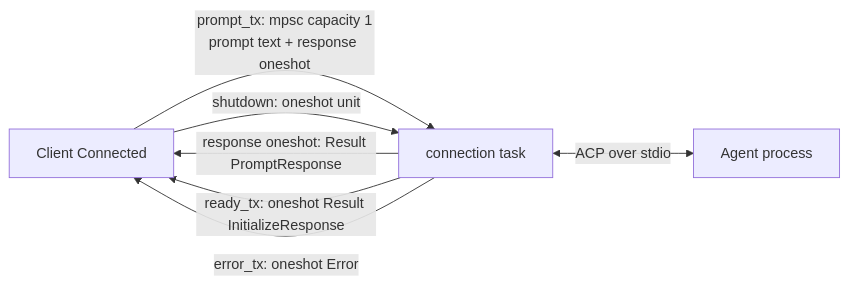
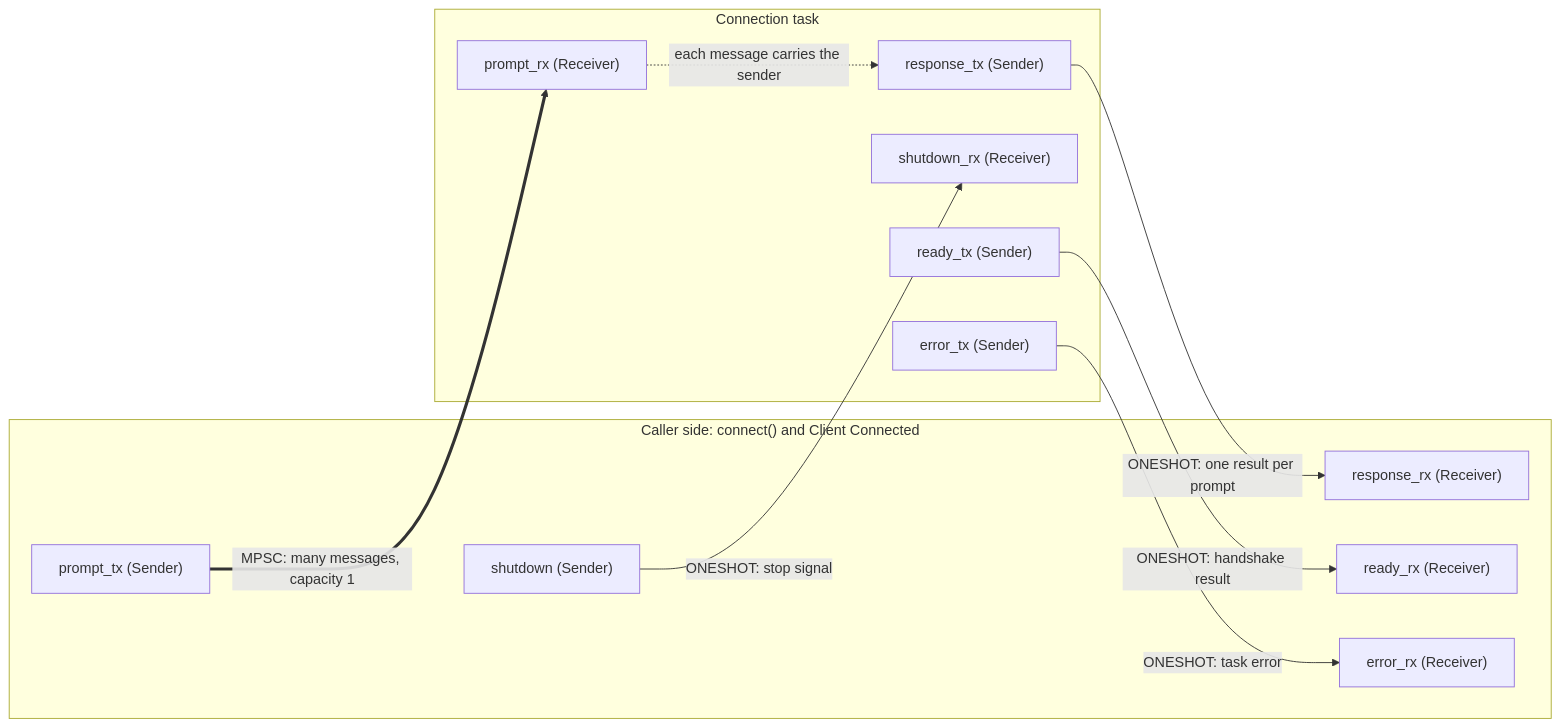
The sixth of 9 diagrams in docs/architecture.md (DevelAngel/kid-agentic-coding), drawn with Mermaid before and after one commit. The commit also changed other lines of this file, not shown here.

Commit message:
docs: show channel ends and kinds in app2 diagram
All channels connected the same two boxes, and mpsc and oneshot were
hard to tell apart. Draw sender and receiver ends per channel, mark the
kind by arrow style and label, and add a short table of the kinds in
use.

Claude-Session: https://claude.ai/code/session_01GP84vLG7u3bqyewXdG43SS

````diff
--- a/docs/architecture.md
+++ b/docs/architecture.md
@@ -61,13 +61,25 @@
 ```mermaid
 flowchart LR
-    caller["Client Connected"]
-    task["connection task"]
-    agent["Agent process"]
+    subgraph caller["Caller side: connect() and Client Connected"]
+        prompt_tx["prompt_tx (Sender)"]
+        response_rx["response_rx (Receiver)"]
+        shutdown_tx["shutdown (Sender)"]
+        ready_rx["ready_rx (Receiver)"]
+        error_rx["error_rx (Receiver)"]
+    end
 
-    caller -->|"prompt_tx: mpsc capacity 1<br/>prompt text + response oneshot"| task
-    task -->|"response oneshot: Result PromptResponse"| caller
-    caller -->|"shutdown: oneshot unit"| task
-    task -->|"ready_tx: oneshot Result InitializeResponse"| caller
-    task -->|"error_tx: oneshot Error"| caller
-    task <-->|"ACP over stdio"| agent
+    subgraph task["Connection task"]
+        prompt_rx["prompt_rx (Receiver)"]
+        response_tx["response_tx (Sender)"]
+        shutdown_rx["shutdown_rx (Receiver)"]
+        ready_tx["ready_tx (Sender)"]
+        error_tx["error_tx (Sender)"]
+    end
+
+    prompt_tx ==>|"MPSC: many messages, capacity 1"| prompt_rx
+    prompt_rx -.->|"each message carries the sender"| response_tx
+    response_tx -->|"ONESHOT: one result per prompt"| response_rx
+    shutdown_tx -->|"ONESHOT: stop signal"| shutdown_rx
+    ready_tx -->|"ONESHOT: handshake result"| ready_rx
+    error_tx -->|"ONESHOT: task error"| error_rx
 ```
````
